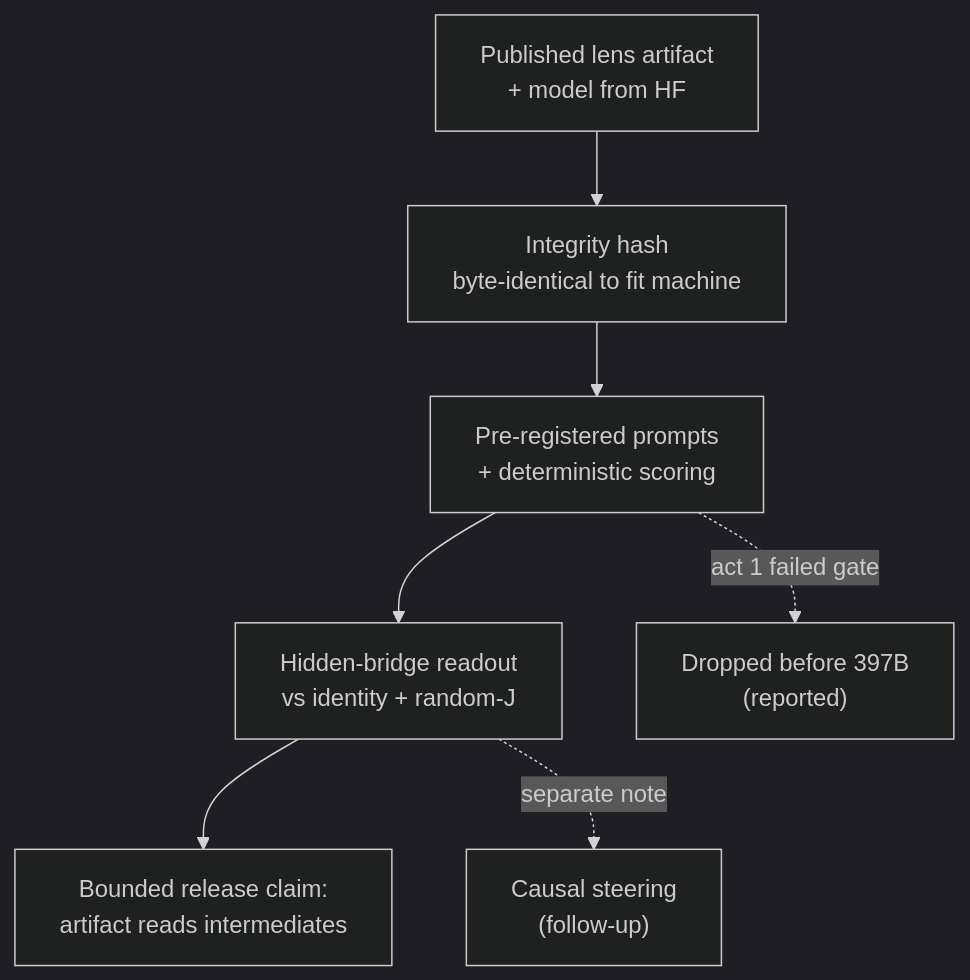
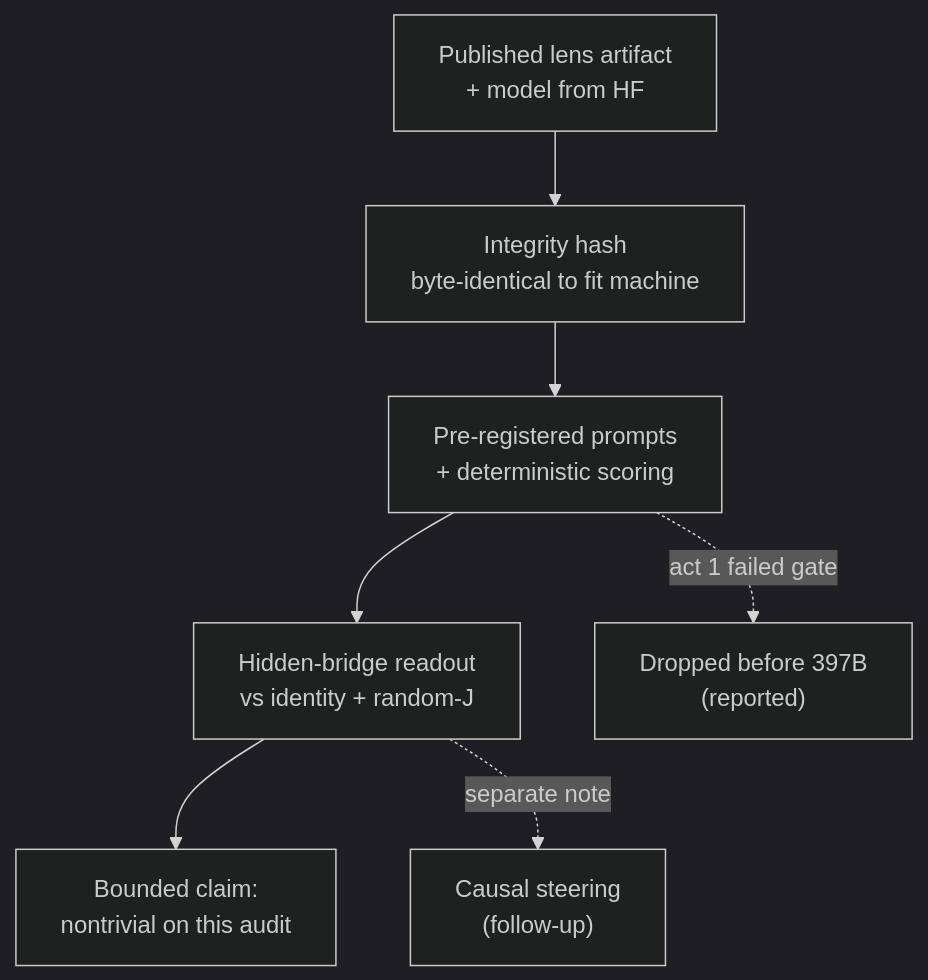
Before and after one commit to praxagent/jacobian-lens-research-202607a: the first of 3 diagrams in blog/lens-demo/index.md, drawn with Mermaid (dark theme). The commit also changed other lines of this file, not shown here.

Commit message:
blog: exploratory self-reference readout section (demo2 results, contrast-only framing, Berg ref) inserted before Keeping the Claim Bounded — per TJ request

```diff
--- a/blog/lens-demo/index.md
+++ b/blog/lens-demo/index.md
@@ -49,9 +49,9 @@
 {{< mermaid >}}
 flowchart TD
   A["Published lens artifact<br/>+ model from HF"] --> B["Integrity hash<br/>byte-identical to fit machine"]
   B --> C["Pre-registered prompts<br/>+ deterministic scoring"]
   C --> D["Hidden-bridge readout<br/>vs identity + random-J"]
-  D --> F["Bounded release claim:<br/>artifact reads intermediates"]
+  D --> F["Bounded claim:<br/>nontrivial on this audit"]
   C -.->|"act 1 failed gate"| X["Dropped before 397B<br/>(reported)"]
   D -.->|"separate note"| E["Causal steering<br/>(follow-up)"]
 {{< /mermaid >}}
```
